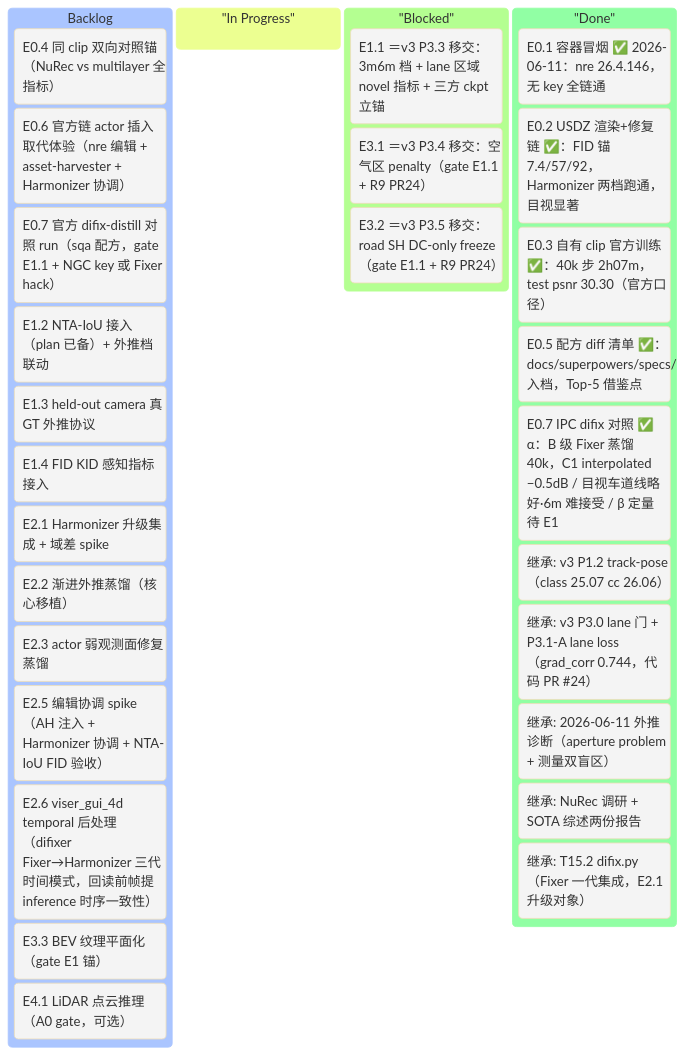
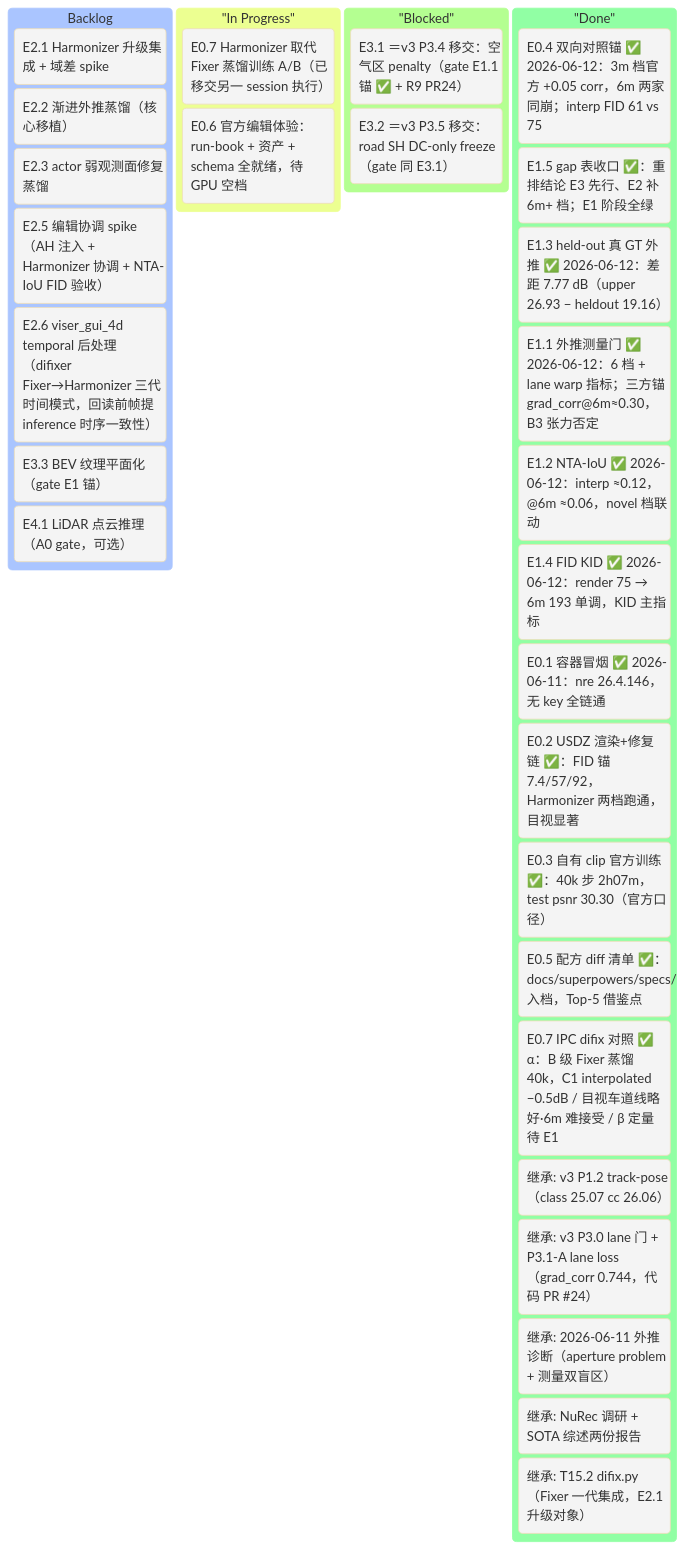
The first of 2 diagrams in v4_plan.md (etendue/3dgrut), drawn with Mermaid before and after one commit. The commit also changed other lines of this file and 27 other files, not shown here.

````diff
--- a/v4_plan.md
+++ b/v4_plan.md
@@ -67,37 +67,38 @@
 ```mermaid
 %%{init: {'theme':'base'}}%%
 kanban
     Backlog
-        [E0.4 同 clip 双向对照锚（NuRec vs multilayer 全指标）]
-        [E0.6 官方链 actor 插入取代体验（nre 编辑 + asset-harvester + Harmonizer 协调）]
-        [E0.7 官方 difix-distill 对照 run（sqa 配方，gate E1.1 + NGC key 或 Fixer hack）]
-        [E1.2 NTA-IoU 接入（plan 已备）+ 外推档联动]
-        [E1.3 held-out camera 真 GT 外推协议]
-        [E1.4 FID KID 感知指标接入]
         [E2.1 Harmonizer 升级集成 + 域差 spike]
         [E2.2 渐进外推蒸馏（核心移植）]
         [E2.3 actor 弱观测面修复蒸馏]
         [E2.5 编辑协调 spike（AH 注入 + Harmonizer 协调 + NTA-IoU FID 验收）]
         [E2.6 viser_gui_4d temporal 后处理（difixer Fixer→Harmonizer 三代时间模式，回读前帧提 inference 时序一致性）]
         [E3.3 BEV 纹理平面化（gate E1 锚）]
         [E4.1 LiDAR 点云推理（A0 gate，可选）]
 
     "In Progress"
+        [E0.7 Harmonizer 取代 Fixer 蒸馏训练 A/B（已移交另一 session 执行）]
+        [E0.6 官方编辑体验：run-book + 资产 + schema 全就绪，待 GPU 空档]
 
     "Blocked"
-        [E1.1 ＝v3 P3.3 移交：3m6m 档 + lane 区域 novel 指标 + 三方 ckpt 立锚]
-        [E3.1 ＝v3 P3.4 移交：空气区 penalty（gate E1.1 + R9 PR24）]
-        [E3.2 ＝v3 P3.5 移交：road SH DC-only freeze（gate E1.1 + R9 PR24）]
+        [E3.1 ＝v3 P3.4 移交：空气区 penalty（gate E1.1 锚 ✅ + R9 PR24）]
+        [E3.2 ＝v3 P3.5 移交：road SH DC-only freeze（gate 同 E3.1）]
 
     "Done"
+        [E0.4 双向对照锚 ✅ 2026-06-12：3m 档官方 +0.05 corr，6m 两家同崩；interp FID 61 vs 75]
+        [E1.5 gap 表收口 ✅：重排结论 E3 先行、E2 补 6m+ 档；E1 阶段全绿]
+        [E1.3 held-out 真 GT 外推 ✅ 2026-06-12：差距 7.77 dB（upper 26.93 − heldout 19.16）]
+        [E1.1 外推测量门 ✅ 2026-06-12：6 档 + lane warp 指标；三方锚 grad_corr@6m≈0.30，B3 张力否定]
+        [E1.2 NTA-IoU ✅ 2026-06-12：interp ≈0.12，@6m ≈0.06，novel 档联动]
+        [E1.4 FID KID ✅ 2026-06-12：render 75 → 6m 193 单调，KID 主指标]
         [E0.1 容器冒烟 ✅ 2026-06-11：nre 26.4.146，无 key 全链通]
         [E0.2 USDZ 渲染+修复链 ✅：FID 锚 7.4/57/92，Harmonizer 两档跑通，目视显著]
         [E0.3 自有 clip 官方训练 ✅：40k 步 2h07m，test psnr 30.30（官方口径）]
         [E0.5 配方 diff 清单 ✅：docs/superpowers/specs/ 入档，Top-5 借鉴点]
         [E0.7 IPC difix 对照 ✅ α：B 级 Fixer 蒸馏 40k，C1 interpolated −0.5dB / 目视车道线略好·6m 难接受 / β 定量待 E1]
         [继承: v3 P1.2 track-pose（class 25.07 cc 26.06）]
         [继承: v3 P3.0 lane 门 + P3.1-A lane loss（grad_corr 0.744，代码 PR #24）]
         [继承: 2026-06-11 外推诊断（aperture problem + 测量双盲区）]
         [继承: NuRec 调研 + SOTA 综述两份报告]
         [继承: T15.2 difix.py（Fixer 一代集成，E2.1 升级对象）]
 ```
````
